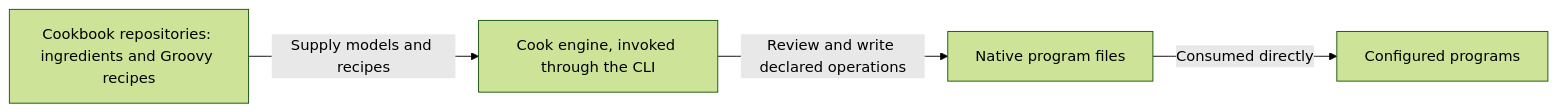
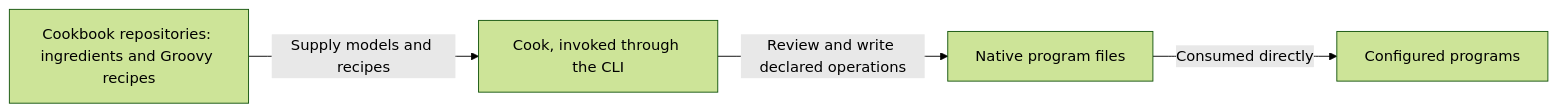
One commit to lmarqs/the-cook changed the first of 2 diagrams in docs/architecture.md. Above: the diagram before and after it, drawn with Mermaid (forest theme). The commit also changed other lines of this file and 53 other files, not shown here.

First line of the commit message:
docs(docs): Say Cook and kitchen instead of engine and destination

````diff
--- a/docs/architecture.md
+++ b/docs/architecture.md
@@ -50,10 +50,10 @@
 ```mermaid
 flowchart LR
     book["Cookbook repositories: ingredients and Groovy recipes"]
-    engine["Cook engine, invoked through the CLI"]
+    cook["Cook, invoked through the CLI"]
     files["Native program files"]
     programs["Configured programs"]
-    book -->|"Supply models and recipes"| engine
-    engine -->|"Review and write declared operations"| files
+    book -->|"Supply models and recipes"| cook
+    cook -->|"Review and write declared operations"| files
     files -->|"Consumed directly"| programs
 ```
````
